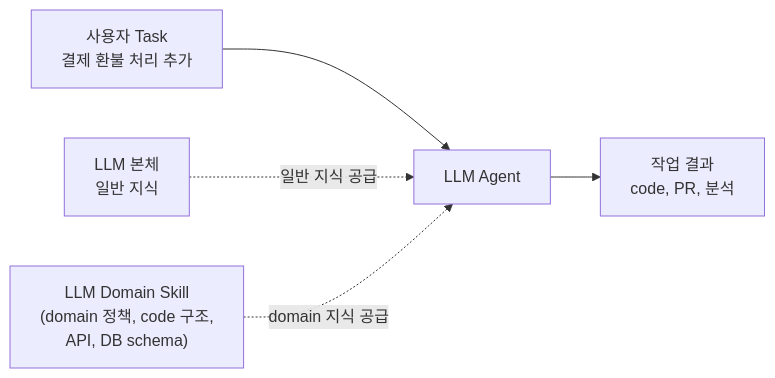
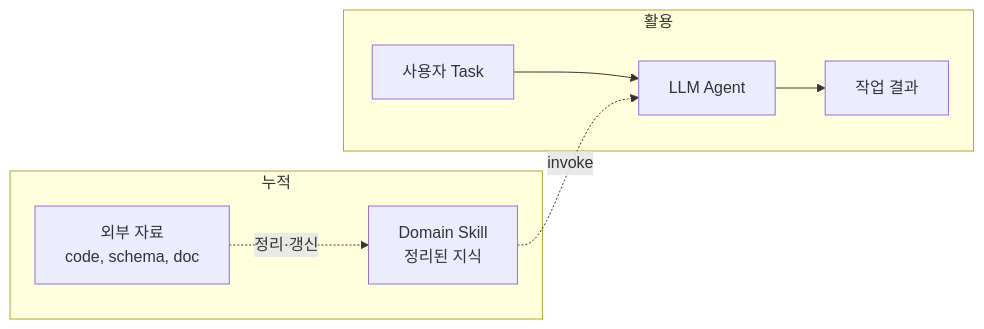
Before and after one commit to choesimin/choesimin.github.io: the first of 2 diagrams in collections/_notes/ai/llm-wiki/as-skill.md, drawn with Mermaid. The commit also changed other lines of this file, not shown here.

````diff
--- a/collections/_notes/ai/llm-wiki/as-skill.md
+++ b/collections/_notes/ai/llm-wiki/as-skill.md
@@ -35,13 +16,18 @@
 ```mermaid
 graph LR
-    user[사용자 Task<br>결제 환불 처리 추가]
-    agent[LLM Agent]
-    llm[LLM 본체<br>일반 지식]
-    skill["LLM Domain Skill<br>(domain 정책, code 구조,<br>API, DB schema)"]
-    output[작업 결과<br>code, PR, 분석]
+    subgraph accumulate["누적"]
+        external[외부 자료<br>code, schema, doc]
+        skill[Domain Skill<br>정리된 지식]
+        external -.정리·갱신.-> skill
+    end
 
-    user --> agent
-    llm -.일반 지식 공급.-> agent
-    skill -.domain 지식 공급.-> agent
-    agent --> output
+    subgraph use["활용"]
+        user[사용자 Task]
+        agent[LLM Agent]
+        output[작업 결과]
+        user --> agent
+        agent --> output
+    end
+
+    skill -.invoke.-> agent
 ```
````
